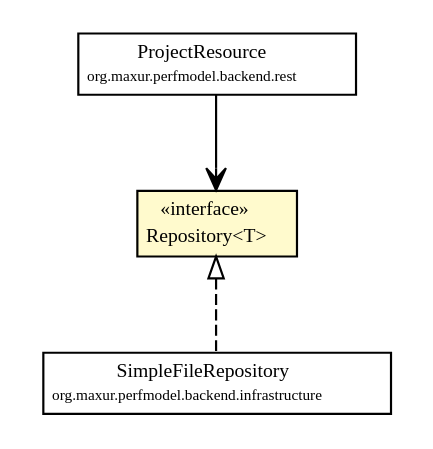
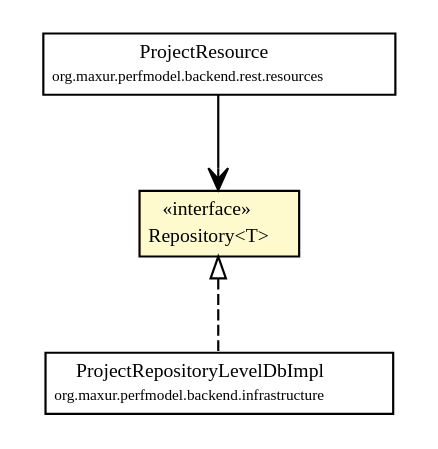
Before and after one commit to myunusov/pm: the diagram in components/apidocs/org/maxur/perfmodel/backend/domain/Repository.dot, drawn with Graphviz. The commit also changed 395 other files, not shown here.

```diff
--- a/components/apidocs/org/maxur/perfmodel/backend/domain/Repository.dot
+++ b/components/apidocs/org/maxur/perfmodel/backend/domain/Repository.dot
@@ -1,37 +1,37 @@
 #!/usr/local/bin/dot
 #
 # Class diagram 
 # Generated by UMLGraph version R5_6-24-gf6e263 (http://www.umlgraph.org/)
 #
 
 digraph G {
 	edge [fontname="Trebuchet MS",fontsize=10,labelfontname="Trebuchet MS",labelfontsize=10];
 	node [fontname="Trebuchet MS",fontsize=10,shape=plaintext];
 	nodesep=0.25;
 	ranksep=0.5;
 	// org.maxur.perfmodel.backend.domain.Repository<T>
-	c296 [label=<<table title="org.maxur.perfmodel.backend.domain.Repository" border="0" cellborder="1" cellspacing="0" cellpadding="2" port="p" bgcolor="lemonChiffon" href="./Repository.html">
+	c1188 [label=<<table title="org.maxur.perfmodel.backend.domain.Repository" border="0" cellborder="1" cellspacing="0" cellpadding="2" port="p" bgcolor="lemonChiffon" href="./Repository.html">
 		<tr><td><table border="0" cellspacing="0" cellpadding="1">
 <tr><td align="center" balign="center"> &#171;interface&#187; </td></tr>
 <tr><td align="center" balign="center"><font face="Trebuchet MS"> Repository&lt;T&gt; </font></td></tr>
 		</table></td></tr>
 		</table>>, URL="./Repository.html", fontname="Trebuchet MS", fontcolor="black", fontsize=9.0];
-	// org.maxur.perfmodel.backend.infrastructure.SimpleFileRepository
-	c300 [label=<<table title="org.maxur.perfmodel.backend.infrastructure.SimpleFileRepository" border="0" cellborder="1" cellspacing="0" cellpadding="2" port="p" href="../infrastructure/SimpleFileRepository.html">
+	// org.maxur.perfmodel.backend.infrastructure.ProjectRepositoryLevelDbImpl
+	c1192 [label=<<table title="org.maxur.perfmodel.backend.infrastructure.ProjectRepositoryLevelDbImpl" border="0" cellborder="1" cellspacing="0" cellpadding="2" port="p" href="../infrastructure/ProjectRepositoryLevelDbImpl.html">
 		<tr><td><table border="0" cellspacing="0" cellpadding="1">
-<tr><td align="center" balign="center"><font face="Trebuchet MS"> SimpleFileRepository </font></td></tr>
+<tr><td align="center" balign="center"><font face="Trebuchet MS"> ProjectRepositoryLevelDbImpl </font></td></tr>
 <tr><td align="center" balign="center"><font face="Trebuchet MS" point-size="7.0"> org.maxur.perfmodel.backend.infrastructure </font></td></tr>
 		</table></td></tr>
-		</table>>, URL="../infrastructure/SimpleFileRepository.html", fontname="Trebuchet MS", fontcolor="black", fontsize=9.0];
-	// org.maxur.perfmodel.backend.rest.ProjectResource
-	c305 [label=<<table title="org.maxur.perfmodel.backend.rest.ProjectResource" border="0" cellborder="1" cellspacing="0" cellpadding="2" port="p" href="../rest/ProjectResource.html">
+		</table>>, URL="../infrastructure/ProjectRepositoryLevelDbImpl.html", fontname="Trebuchet MS", fontcolor="black", fontsize=9.0];
+	// org.maxur.perfmodel.backend.rest.resources.ProjectResource
+	c1199 [label=<<table title="org.maxur.perfmodel.backend.rest.resources.ProjectResource" border="0" cellborder="1" cellspacing="0" cellpadding="2" port="p" href="../rest/resources/ProjectResource.html">
 		<tr><td><table border="0" cellspacing="0" cellpadding="1">
 <tr><td align="center" balign="center"><font face="Trebuchet MS"> ProjectResource </font></td></tr>
-<tr><td align="center" balign="center"><font face="Trebuchet MS" point-size="7.0"> org.maxur.perfmodel.backend.rest </font></td></tr>
+<tr><td align="center" balign="center"><font face="Trebuchet MS" point-size="7.0"> org.maxur.perfmodel.backend.rest.resources </font></td></tr>
 		</table></td></tr>
-		</table>>, URL="../rest/ProjectResource.html", fontname="Trebuchet MS", fontcolor="black", fontsize=9.0];
-	//org.maxur.perfmodel.backend.infrastructure.SimpleFileRepository implements org.maxur.perfmodel.backend.domain.Repository<T>
-	c296:p -> c300:p [dir=back,arrowtail=empty,style=dashed];
-	// org.maxur.perfmodel.backend.rest.ProjectResource NAVASSOC org.maxur.perfmodel.backend.domain.Repository<T>
-	c305:p -> c296:p [taillabel="", label="", headlabel="", fontname="Trebuchet MS", fontcolor="black", fontsize=10.0, color="black", arrowhead=open];
+		</table>>, URL="../rest/resources/ProjectResource.html", fontname="Trebuchet MS", fontcolor="black", fontsize=9.0];
+	//org.maxur.perfmodel.backend.infrastructure.ProjectRepositoryLevelDbImpl implements org.maxur.perfmodel.backend.domain.Repository<T>
+	c1188:p -> c1192:p [dir=back,arrowtail=empty,style=dashed];
+	// org.maxur.perfmodel.backend.rest.resources.ProjectResource NAVASSOC org.maxur.perfmodel.backend.domain.Repository<T>
+	c1199:p -> c1188:p [taillabel="", label="", headlabel="", fontname="Trebuchet MS", fontcolor="black", fontsize=10.0, color="black", arrowhead=open];
 }
```
